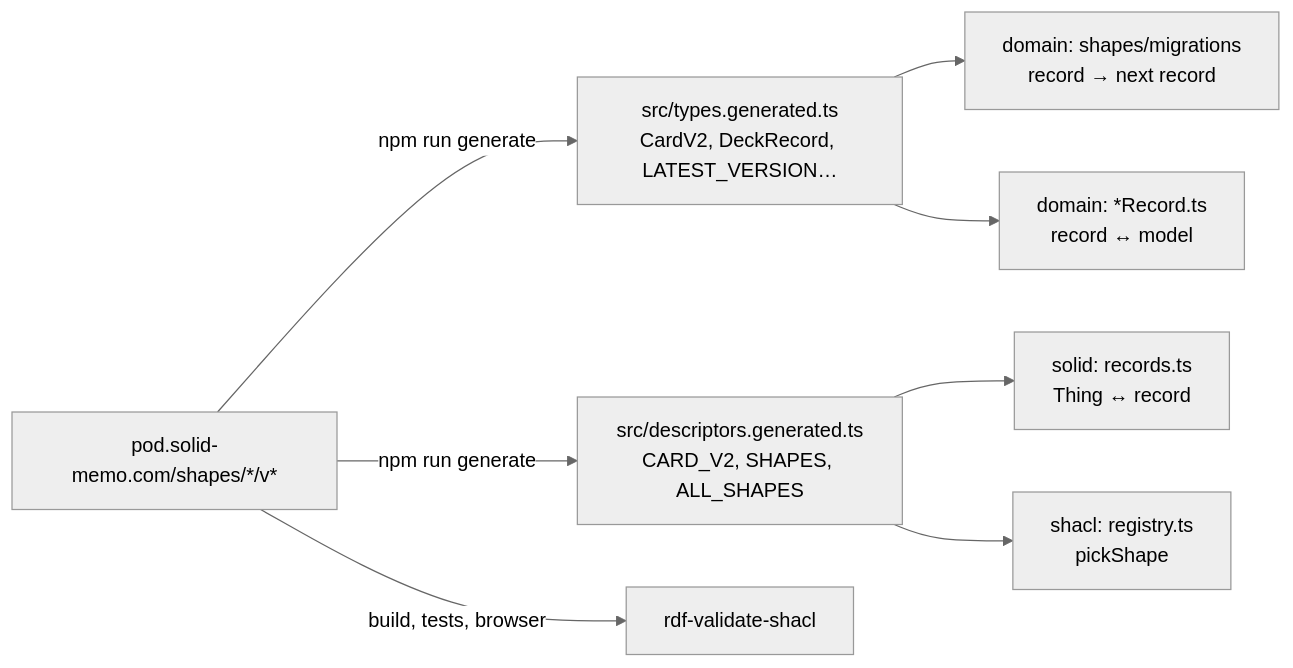
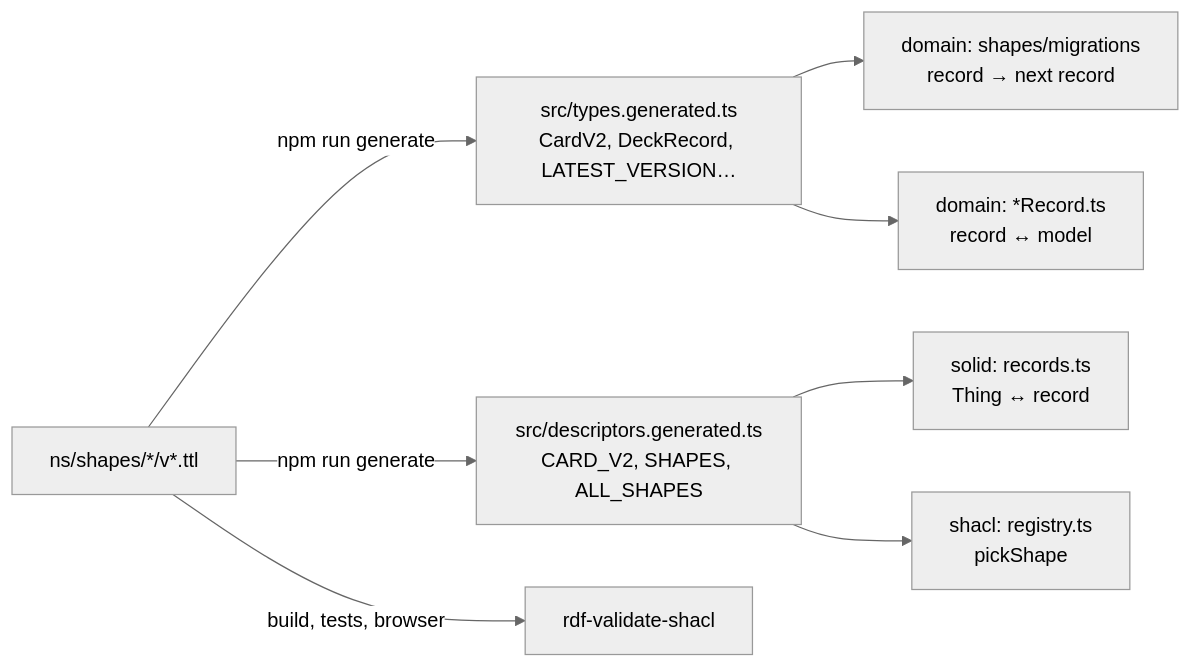
The diagram in docs/shapes.md (solid-memo/website), drawn with Mermaid (neutral theme) before and after one commit. The commit also changed other lines of this file and 19 other files, not shown here.

````diff
--- a/docs/shapes.md
+++ b/docs/shapes.md
@@ -116,10 +116,10 @@
 ```mermaid
 flowchart LR
-    shapes["pod.solid-memo.com/shapes/*/v*"] -->|npm run generate| types["src/types.generated.ts<br/>CardV2, DeckRecord, LATEST_VERSION…"]
+    shapes["ns/shapes/*/v*.ttl"] -->|npm run generate| types["src/types.generated.ts<br/>CardV2, DeckRecord, LATEST_VERSION…"]
     shapes -->|npm run generate| desc["src/descriptors.generated.ts<br/>CARD_V2, SHAPES, ALL_SHAPES"]
     types --> migrations["domain: shapes/migrations<br/>record → next record"]
     types --> records["domain: *Record.ts<br/>record ↔ model"]
     desc --> rw["solid: records.ts<br/>Thing ↔ record"]
     desc --> pick["shacl: registry.ts<br/>pickShape"]
     shapes -->|build, tests, browser| shacl["rdf-validate-shacl"]
 ```
````
